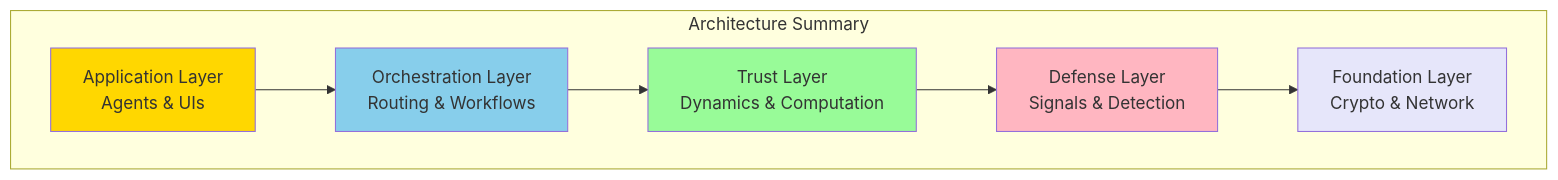
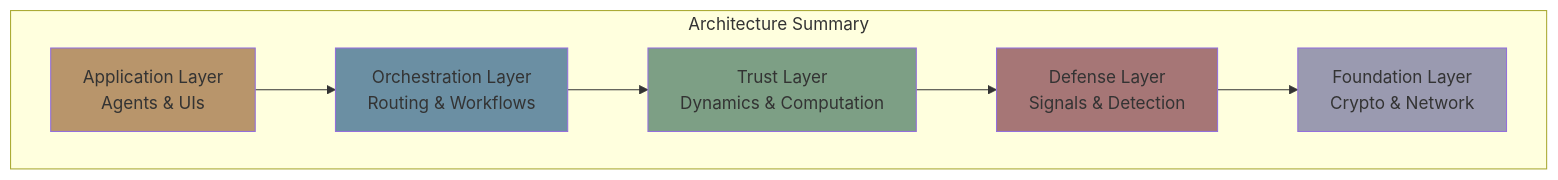
Before and after one commit to ScopeCreep-zip/Symbiont: diagram 11 of 11 in docs/architecture/overview.md, drawn with Mermaid. The commit also changed other lines of this file and 17 other files, not shown here.

Commit message:
update to diagram colors

````diff
--- a/docs/architecture/overview.md
+++ b/docs/architecture/overview.md
@@ -571,18 +571,18 @@
 ```mermaid
 graph TB
     subgraph "Architecture Summary"
         L1[Application Layer<br/>Agents & UIs]
         L2[Orchestration Layer<br/>Routing & Workflows]
         L3[Trust Layer<br/>Dynamics & Computation]
         L4[Defense Layer<br/>Signals & Detection]
         L5[Foundation Layer<br/>Crypto & Network]
     end
 
     L1 --> L2 --> L3 --> L4 --> L5
 
-    style L1 fill:#FFD700
-    style L2 fill:#87CEEB
-    style L3 fill:#98FB98
-    style L4 fill:#FFB6C1
-    style L5 fill:#E6E6FA
+    style L1 fill:#b8956b
+    style L2 fill:#6b8fa3
+    style L3 fill:#7d9f85
+    style L4 fill:#a67676
+    style L5 fill:#9a9ab0
 ```
````
